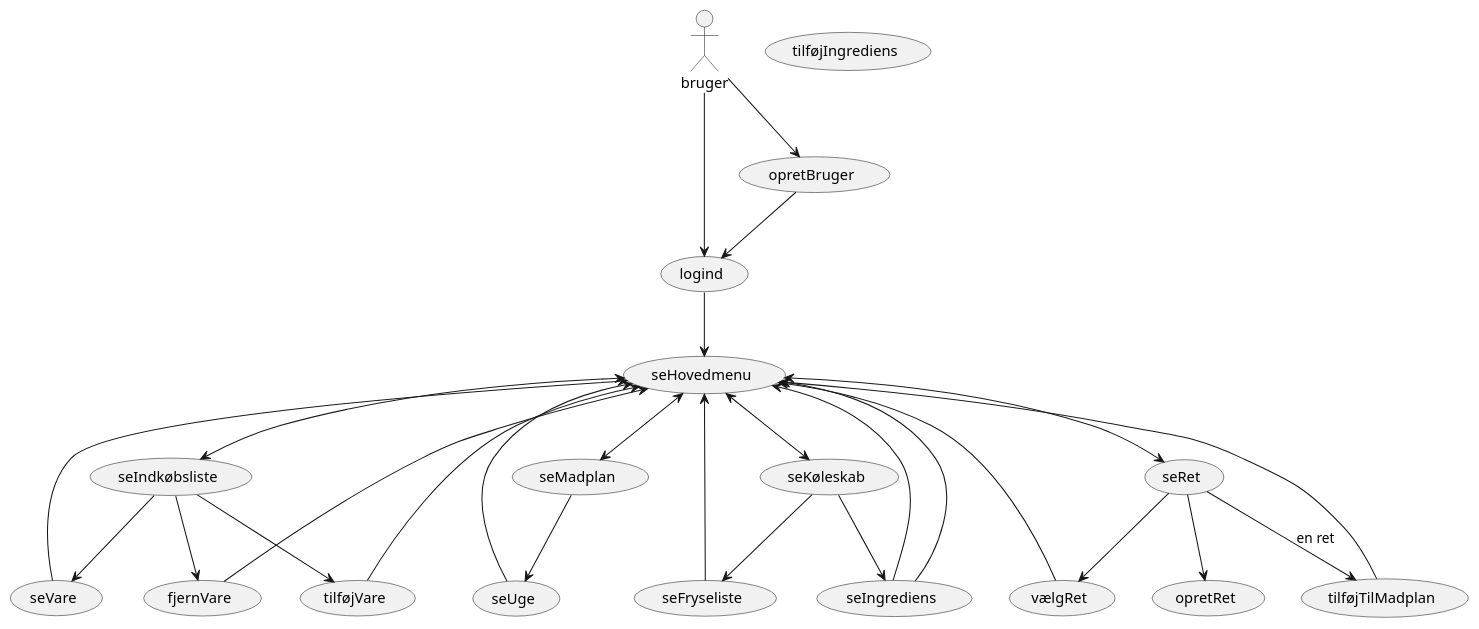
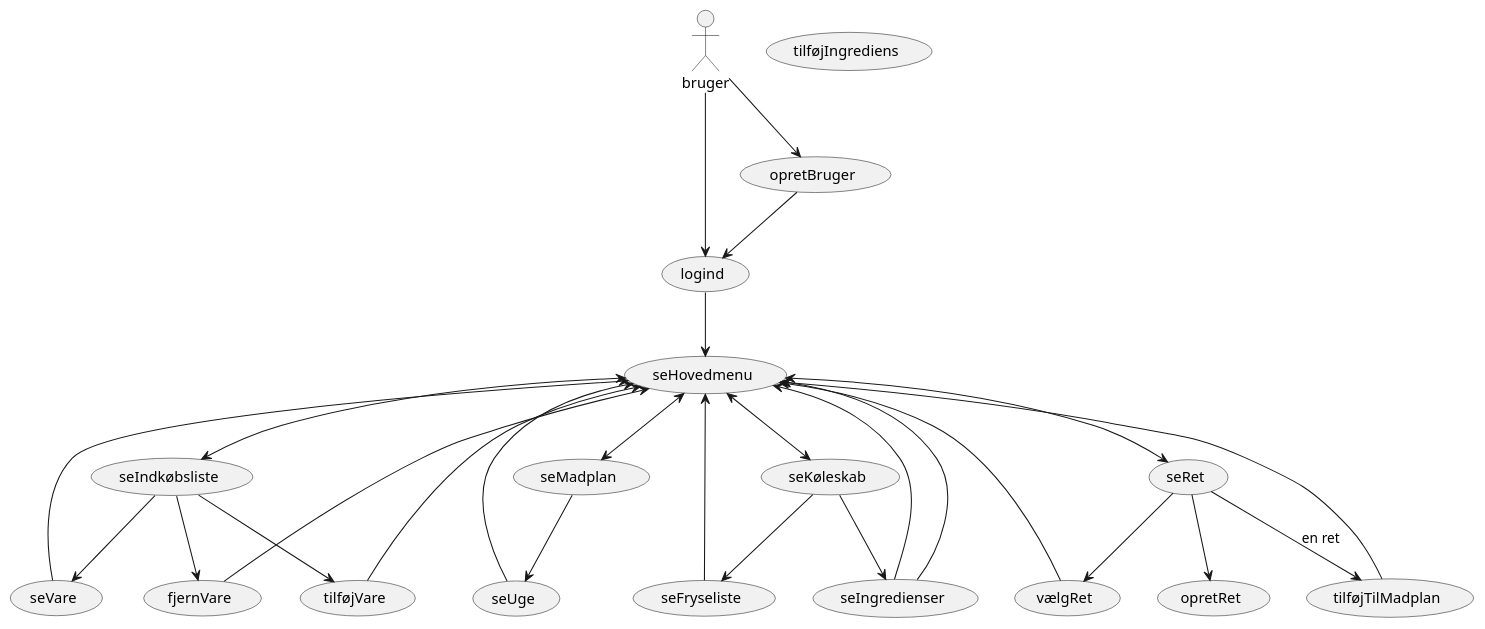
Before and after one commit to mrPrimeBeef/1.-Sem-ICE: the diagram in ICE indkoebsListe/Doc/Dynamic/Usecases.puml, drawn with PlantUML.

```diff
--- a/ICE indkoebsListe/Doc/Dynamic/Usecases.puml
+++ b/ICE indkoebsListe/Doc/Dynamic/Usecases.puml
@@ -1,84 +1,86 @@
 @startuml
 'https://plantuml.com/use-case-diagram
 
 actor bruger
 
 usecase opretBruger
 usecase logind
 
 usecase seHovedmenu
 
-usecase tilføjIngrediens
+
 
 'seRet
 usecase vælgRet
 usecase opretRet
 usecase tilføjTilMadplan
 
 usecase seUge
 
 'seKøleskab
 usecase seFryseliste
-usecase seIngrediens
+usecase seIngredienser
+usecase tilføjIngrediens
 
 'seIndkøbsliste
 usecase seVare
 usecase fjernVare
 usecase tilføjVare
 
 'sehovedmenu
 usecase seIndkøbsliste
 usecase seMadplan
 usecase seKøleskab
 usecase seRet
 
 
 top to bottom direction
 bruger --> opretBruger
 bruger --> logind
 
 opretBruger --> logind
 
 logind --> seHovedmenu
 
 seHovedmenu <--> seIndkøbsliste
 seHovedmenu <--> seMadplan
 seHovedmenu <--> seKøleskab
 seHovedmenu <--> seRet
 
 
 seRet --> vælgRet
 seRet --> tilføjTilMadplan: en ret
 seRet --> opretRet
 
 vælgRet --> seHovedmenu
 tilføjTilMadplan --> seHovedmenu
 
-seKøleskab --> seIngrediens
+seKøleskab --> seIngredienser
 seKøleskab --> seFryseliste
 seFryseliste --> seHovedmenu
-seIngrediens --> seHovedmenu
+seIngredienser --> seHovedmenu
 
 seMadplan --> seUge
 seUge --> seHovedmenu
 
 seIndkøbsliste --> seVare
 seIndkøbsliste --> tilføjVare
 seIndkøbsliste --> fjernVare
 
 seVare --> seHovedmenu
 tilføjVare --> seHovedmenu
 fjernVare --> seHovedmenu
 
-seIngrediens --> seHovedmenu
+seIngredienser --> seHovedmenu
+
 
 
 
 
 
 
 
 
 
 
 @enduml
```
